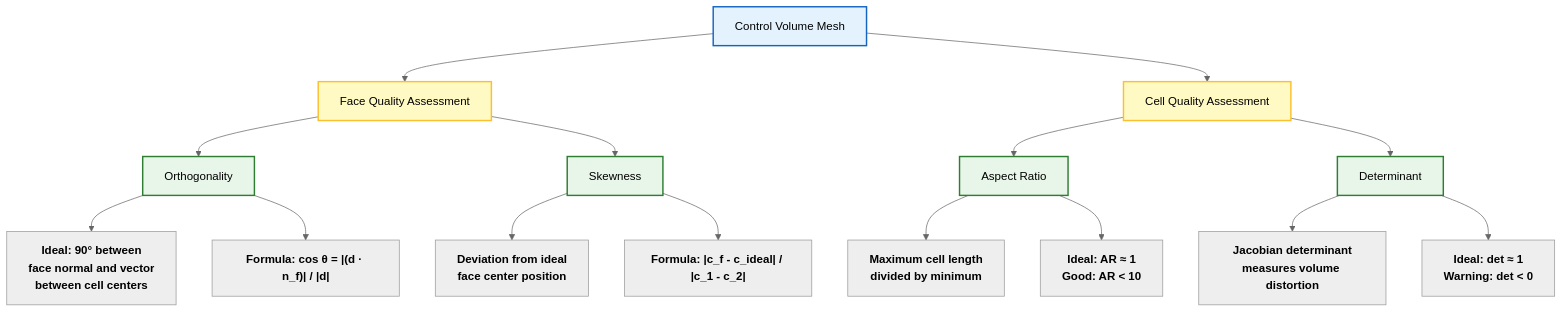
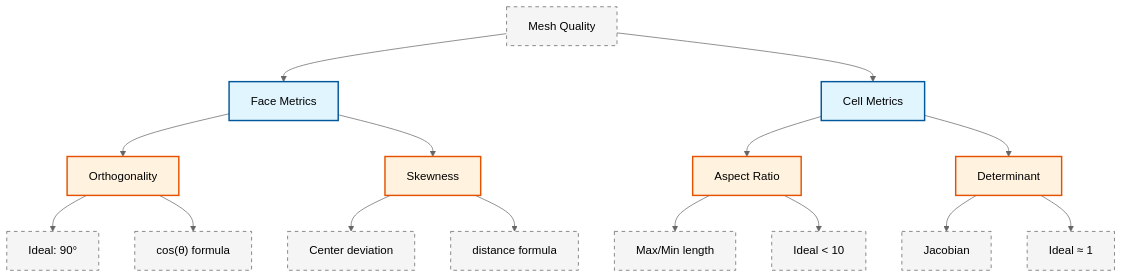
Before and after one commit to wramet/build-my-cfd: the second of 2 diagrams in MODULE_07_UTILITIES_AUTOMATION/CONTENT/00_Overview.md, drawn with Mermaid (neutral theme). The commit also changed other lines of this file and 313 other files, not shown here.

Commit message:
Revise all diagram

````diff
--- a/MODULE_07_UTILITIES_AUTOMATION/CONTENT/00_Overview.md
+++ b/MODULE_07_UTILITIES_AUTOMATION/CONTENT/00_Overview.md
@@ -174,29 +167,24 @@
 ```mermaid
 graph TD
-    A["Control Volume Mesh"] --> B["Face Quality Assessment"]
-    A --> C["Cell Quality Assessment"]
+classDef implicit fill:#e1f5fe,stroke:#01579b,stroke-width:2px,color:#000
+classDef explicit fill:#fff3e0,stroke:#e65100,stroke-width:2px,color:#000
+classDef context fill:#f5f5f5,stroke:#616161,stroke-width:1px,color:#000,stroke-dasharray: 5 5
+A[Mesh Quality]:::context --> B[Face Metrics]:::implicit
+A --> C[Cell Metrics]:::implicit
 
-    B --> D["Orthogonality"]
-    D --> D1["<b>Ideal: 90° between<br/>face normal and vector<br/>between cell centers</b>"]
-    D --> D2["<b>Formula: cos θ = |(d · n_f)| / |d|</b>"]
+B --> D[Orthogonality]:::explicit
+D --> D1["Ideal: 90°"]:::context
+D --> D2["cos(θ) formula"]:::context
 
-    B --> E["Skewness"]
-    E --> E1["<b>Deviation from ideal<br/>face center position</b>"]
-    E --> E2["<b>Formula: |c_f - c_ideal| / |c_1 - c_2|</b>"]
+B --> E[Skewness]:::explicit
+E --> E1[Center deviation]:::context
+E --> E2["distance formula"]:::context
 
-    C --> F["Aspect Ratio"]
-    F --> F1["<b>Maximum cell length<br/>divided by minimum</b>"]
-    F --> F2["<b>Ideal: AR ≈ 1<br/>Good: AR < 10</b>"]
+C --> F[Aspect Ratio]:::explicit
+F --> F1["Max/Min length"]:::context
+F --> F2["Ideal < 10"]:::context
 
-    C --> G["Determinant"]
-    G --> G1["<b>Jacobian determinant<br/>measures volume distortion</b>"]
-    G --> G2["<b>Ideal: det ≈ 1<br/>Warning: det < 0</b>"]
-
-    style A fill:#e3f2fd,stroke:#1565c0,stroke-width:2px,color:#000;
-    style B fill:#fff9c4,stroke:#fbc02d,stroke-width:2px,color:#000;
-    style C fill:#fff9c4,stroke:#fbc02d,stroke-width:2px,color:#000;
-    style D fill:#e8f5e9,stroke:#2e7d32,stroke-width:2px,color:#000;
-    style E fill:#e8f5e9,stroke:#2e7d32,stroke-width:2px,color:#000;
-    style F fill:#e8f5e9,stroke:#2e7d32,stroke-width:2px,color:#000;
-    style G fill:#e8f5e9,stroke:#2e7d32,stroke-width:2px,color:#000;
+C --> G[Determinant]:::explicit
+G --> G1[Jacobian]:::context
+G --> G2["Ideal ≈ 1"]:::context
 ```
````
